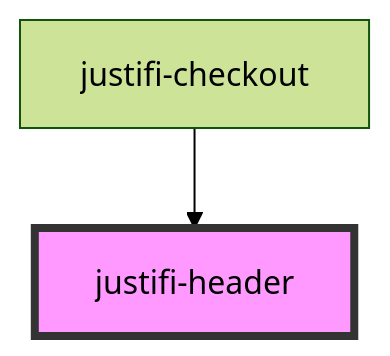
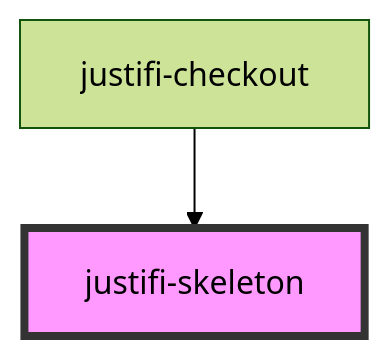
One commit to justifi-tech/web-component-library changed the diagram in packages/webcomponents/src/ui-components/shadow-dom-components/readme.md. Above: the diagram before and after it, drawn with Mermaid (forest theme). The commit also changed other lines of this file and 3 other files, not shown here.

Commit message:
Refactor Checkout component to integrate justifi-skeleton for loading states, enhancing user experience during payment method selection. Updated snapshot tests to reflect changes in rendering structure.

````diff
--- a/packages/webcomponents/src/ui-components/shadow-dom-components/readme.md
+++ b/packages/webcomponents/src/ui-components/shadow-dom-components/readme.md
@@ -24,5 +26,5 @@
 ```mermaid
 graph TD;
-  justifi-checkout --> justifi-header
-  style justifi-header fill:#f9f,stroke:#333,stroke-width:4px
+  justifi-checkout --> justifi-skeleton
+  style justifi-skeleton fill:#f9f,stroke:#333,stroke-width:4px
 ```
````
